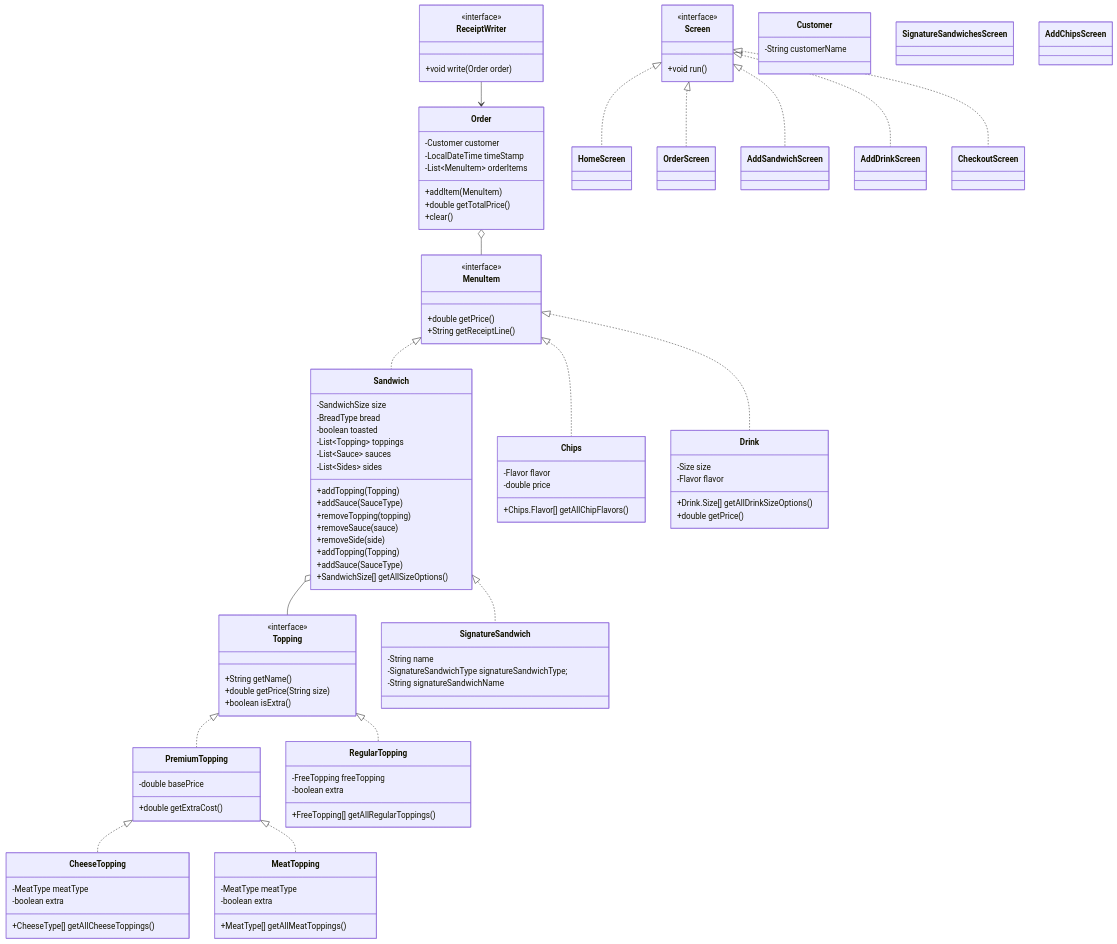
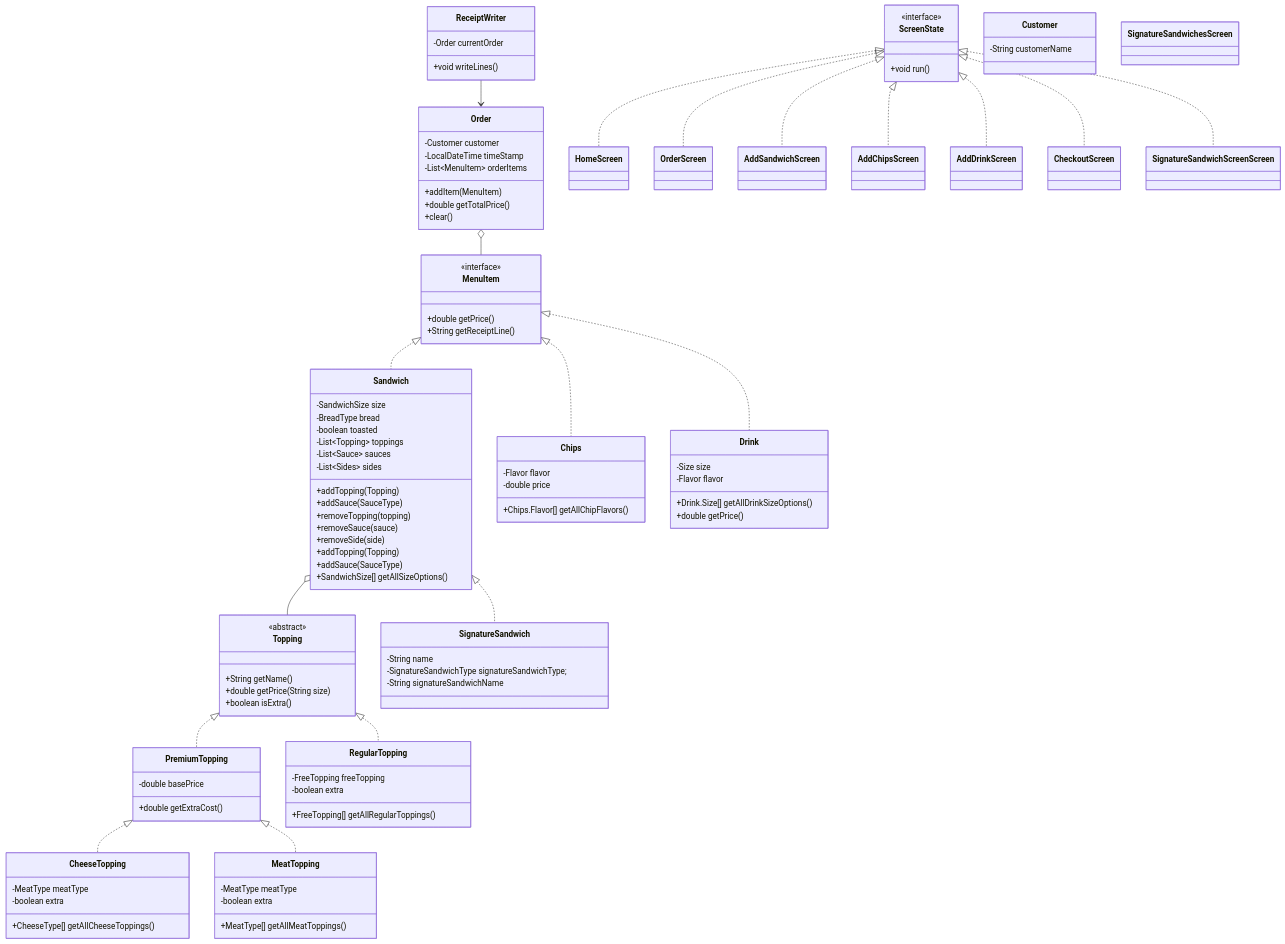
Before and after one commit to annaharbour/deli-cious: the diagram in README.md, drawn with Mermaid.

Commit message:
Update README.md
ScreenStates

````diff
--- a/README.md
+++ b/README.md
@@ -4,7 +4,7 @@
 classDiagram
     %% Interfaces
     class Topping {
-        <<interface>>
+        <<abstract>>
         +String getName()
         +double getPrice(String size)
         +boolean isExtra()
@@ -16,14 +16,14 @@
         +String getReceiptLine()
     }
 
-    class Screen {
+    class ScreenState {
         <<interface>>
         +void run()
     }
 
     class ReceiptWriter {
-        <<interface>>
-        +void write(Order order)
+        -Order currentOrder
+        +void writeLines()
     }
 
     %% Concrete Classes
@@ -122,11 +122,14 @@
     Sandwich o-- Topping
     Order o-- MenuItem
 
-    Screen <|.. HomeScreen
-    Screen <|.. OrderScreen
-    Screen <|.. AddSandwichScreen
-    Screen <|.. AddDrinkScreen
-    Screen <|.. CheckoutScreen
+    ScreenState <|.. HomeScreen
+    ScreenState <|.. OrderScreen
+    ScreenState <|.. AddSandwichScreen
+    ScreenState <|.. AddDrinkScreen
+    ScreenState <|.. CheckoutScreen
+    ScreenState <|.. SignatureSandwichScreenScreen
+    ScreenState <|.. AddChipsScreen
+
 
     ReceiptWriter --> Order
 ```
````
